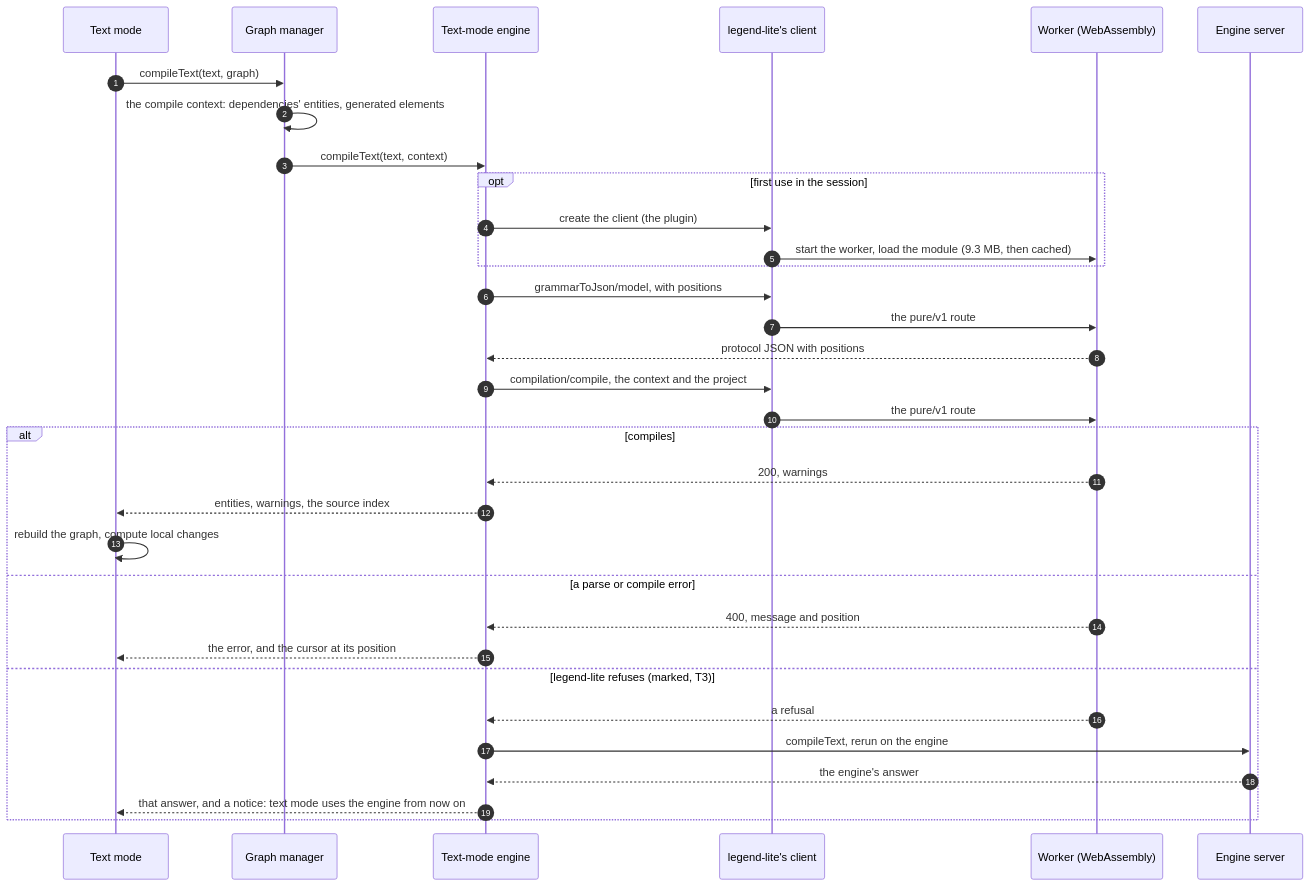
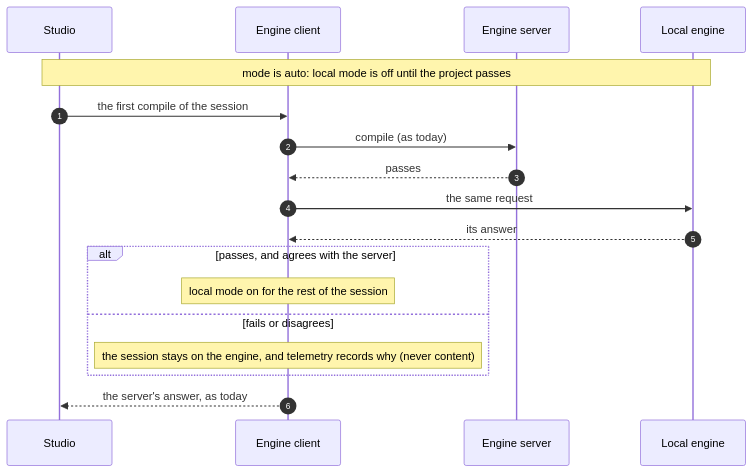
One commit to MauricioUyaguari/legend-lite changed the third of 4 diagrams in docs/LEGEND_STUDIO_TEXT_MODE_PLAN_2026_11_23.md. Above: the diagram before and after it, drawn with Mermaid. The commit also changed other lines of this file and 2 other files, not shown here.

First line of the commit message:
docs: the Studio plan cut by engine call -- local mode, a config flag, a project check, a growing set of calls

````diff
--- a/docs/LEGEND_STUDIO_TEXT_MODE_PLAN_2026_11_23.md
+++ b/docs/LEGEND_STUDIO_TEXT_MODE_PLAN_2026_11_23.md
@@ -364,35 +412,20 @@
 ```mermaid
 sequenceDiagram
     autonumber
-    participant T as Text mode
-    participant G as Graph manager
-    participant R as Text-mode engine
-    participant C as legend-lite's client
-    participant W as Worker (WebAssembly)
+    participant U as Studio
+    participant C as Engine client
     participant E as Engine server
-    T->>G: compileText(text, graph)
-    G->>G: the compile context: dependencies' entities, generated elements
-    G->>R: compileText(text, context)
-    opt first use in the session
-        R->>C: create the client (the plugin)
-        C->>W: start the worker, load the module (9.3 MB, then cached)
+    participant L as Local engine
+    Note over U,L: mode is auto: local mode is off until the project passes
+    U->>C: the first compile of the session
+    C->>E: compile (as today)
+    E-->>C: passes
+    C->>L: the same request
+    L-->>C: its answer
+    alt passes, and agrees with the server
+        Note over C: local mode on for the rest of the session
+    else fails or disagrees
+        Note over C: the session stays on the engine, and telemetry records why (never content)
     end
-    R->>C: grammarToJson/model, with positions
-    C->>W: the pure/v1 route
-    W-->>R: protocol JSON with positions
-    R->>C: compilation/compile, the context and the project
-    C->>W: the pure/v1 route
-    alt compiles
-        W-->>R: 200, warnings
-        R-->>T: entities, warnings, the source index
-        T->>T: rebuild the graph, compute local changes
-    else a parse or compile error
-        W-->>R: 400, message and position
-        R-->>T: the error, and the cursor at its position
-    else legend-lite refuses (marked, T3)
-        W-->>R: a refusal
-        R->>E: compileText, rerun on the engine
-        E-->>R: the engine's answer
-        R-->>T: that answer, and a notice: text mode uses the engine from now on
-    end
+    C-->>U: the server's answer, as today
 ```
````
